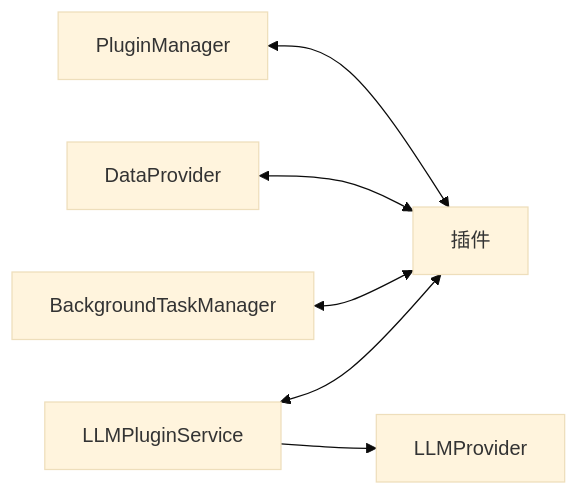
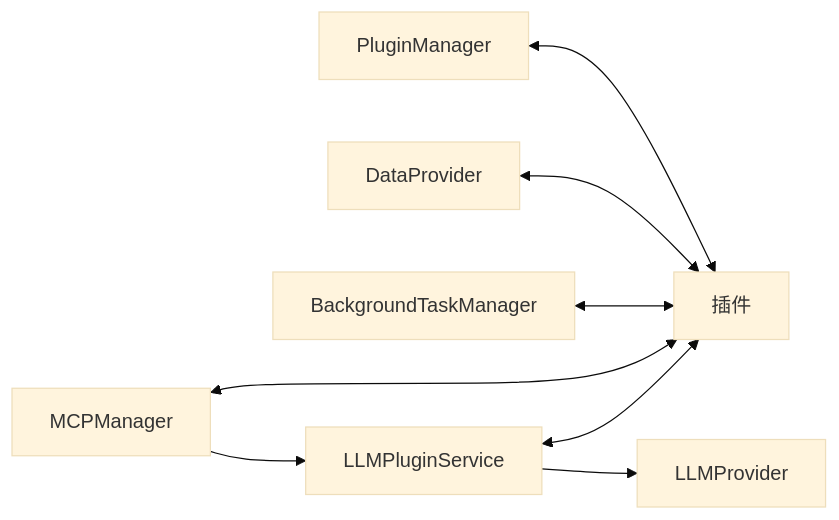
The second of 5 diagrams in docs/architecture/module-dependencies.md (KKPIP-Tech/InstructionX), drawn with Mermaid (base theme) before and after one commit. The commit also changed other lines of this file and 9 other files, not shown here.

````diff
--- a/docs/architecture/module-dependencies.md
+++ b/docs/architecture/module-dependencies.md
@@ -198,8 +214,10 @@
 ```mermaid
 graph LR
     PM[PluginManager] <--> P[插件]
     DP[DataProvider] <--> P
     BTM[BackgroundTaskManager] <--> P
     LLMS[LLMPluginService] <--> P
     LLMS --> LLMP[LLMProvider]
+    MCPM[MCPManager] <--> P
+    MCPM --> LLMS
 ```
````
